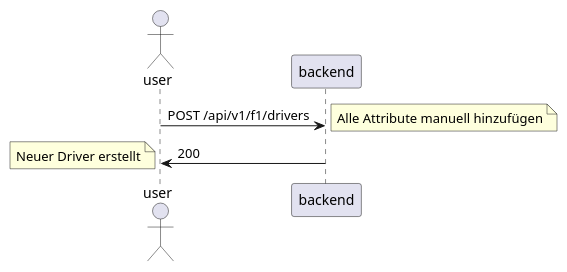
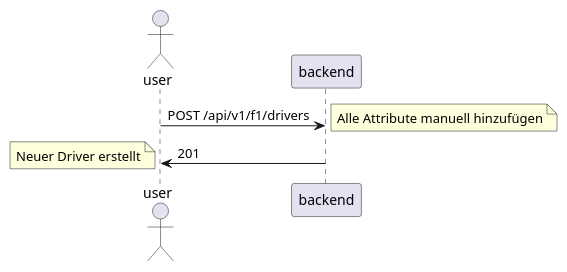
One commit to Noeell/openapiproject changed the third of 5 diagrams in Formel1.adoc. Above: the diagram before and after it, drawn with PlantUML.

Commit message:
documentation changed

```diff
--- a/Formel1.adoc
+++ b/Formel1.adoc
@@ -106,14 +106,14 @@
 [plantuml]
 ----
 @startuml
 
 actor user
 
 user -> backend : POST /api/v1/f1/drivers
 note right: Alle Attribute manuell hinzufügen
-backend -> user : 200
+backend -> user : 201
 note left: Neuer Driver erstellt
 
 
 @enduml
 ----
```
